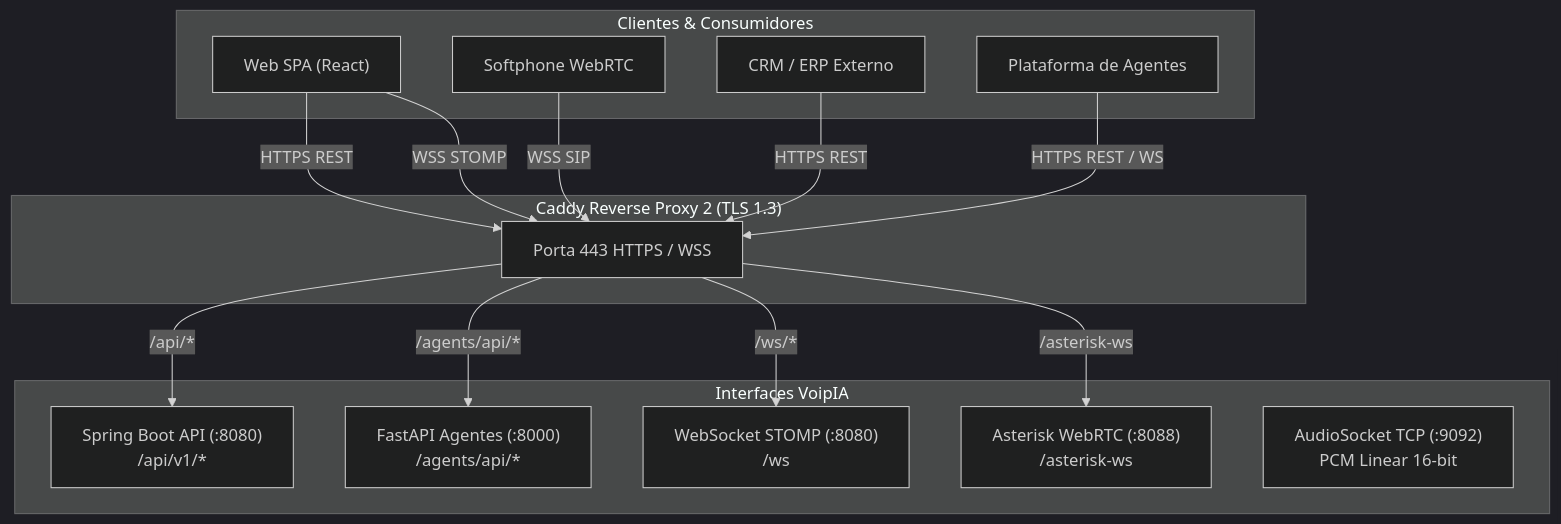
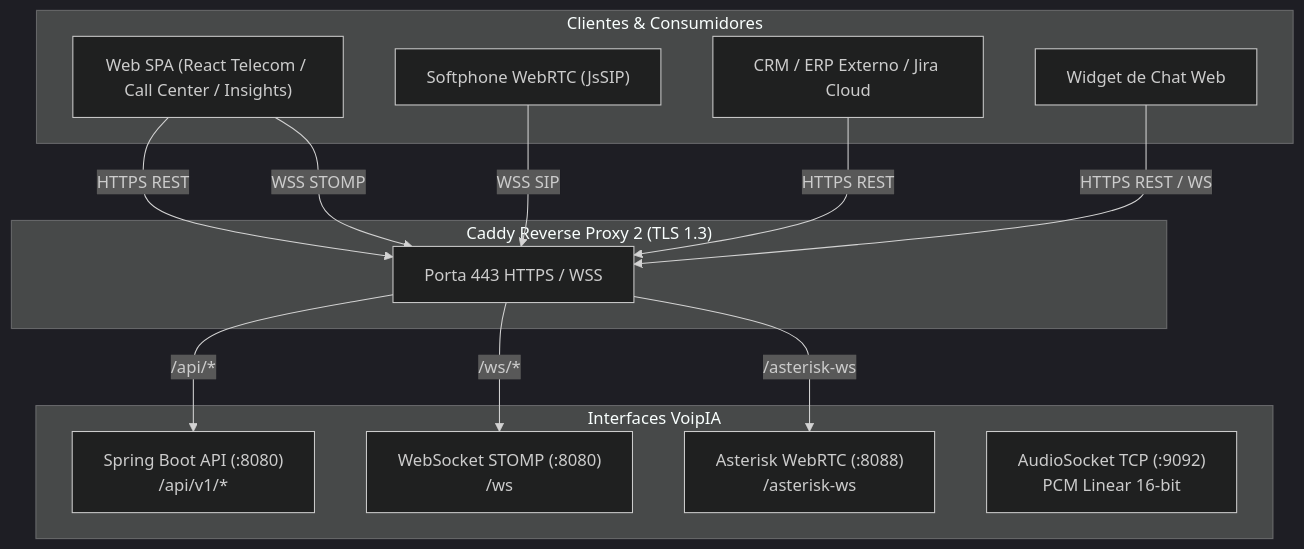
The diagram in docs/DOCUMENTACAO_DAS_APIS.md (kaiohsc2017/VoipIA), drawn with Mermaid (dark theme) before and after one commit. The commit also changed other lines of this file and 9 other files, not shown here.

````diff
--- a/docs/DOCUMENTACAO_DAS_APIS.md
+++ b/docs/DOCUMENTACAO_DAS_APIS.md
@@ -15,32 +15,30 @@
 ```mermaid
 flowchart TD
     subgraph Clients ["Clientes & Consumidores"]
-        WebSPA["Web SPA (React)"]
-        ExternalCRM["CRM / ERP Externo"]
-        Softphone["Softphone WebRTC"]
-        AutomationAgent["Plataforma de Agentes"]
+        WebSPA["Web SPA (React Telecom / Call Center / Insights)"]
+        ExternalCRM["CRM / ERP Externo / Jira Cloud"]
+        Softphone["Softphone WebRTC (JsSIP)"]
+        ChatWidget["Widget de Chat Web"]
     end
 
     subgraph Gateway ["Caddy Reverse Proxy 2 (TLS 1.3)"]
         HTTPS_Port["Porta 443 HTTPS / WSS"]
     end
 
     subgraph APIs ["Interfaces VoipIA"]
         SpringBootAPI["Spring Boot API (:8080)\n/api/v1/*"]
-        FastAPI_Agents["FastAPI Agentes (:8000)\n/agents/api/*"]
         STOMP_WS["WebSocket STOMP (:8080)\n/ws"]
         Asterisk_WSS["Asterisk WebRTC (:8088)\n/asterisk-ws"]
         AudioSocket_TCP["AudioSocket TCP (:9092)\nPCM Linear 16-bit"]
     end
 
     WebSPA -->|HTTPS REST| HTTPS_Port
     WebSPA -->|WSS STOMP| HTTPS_Port
     Softphone -->|WSS SIP| HTTPS_Port
     ExternalCRM -->|HTTPS REST| HTTPS_Port
-    AutomationAgent -->|HTTPS REST / WS| HTTPS_Port
+    ChatWidget -->|HTTPS REST / WS| HTTPS_Port
 
     HTTPS_Port -->|/api/*| SpringBootAPI
-    HTTPS_Port -->|/agents/api/*| FastAPI_Agents
     HTTPS_Port -->|/ws/*| STOMP_WS
     HTTPS_Port -->|/asterisk-ws| Asterisk_WSS
 ```
````
